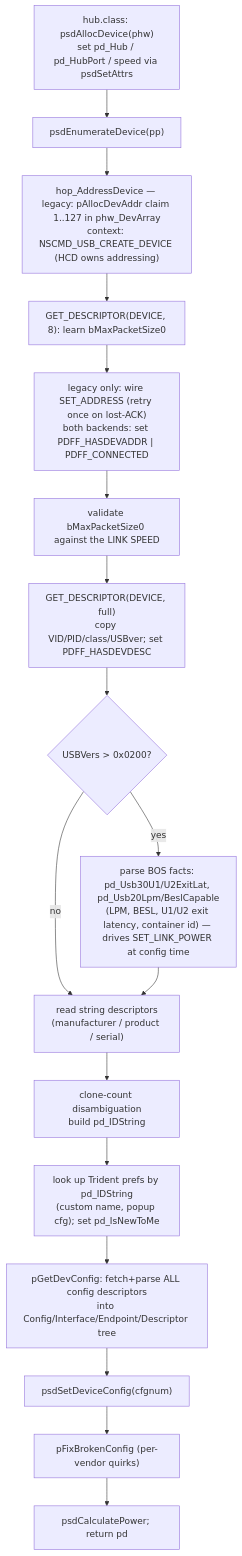
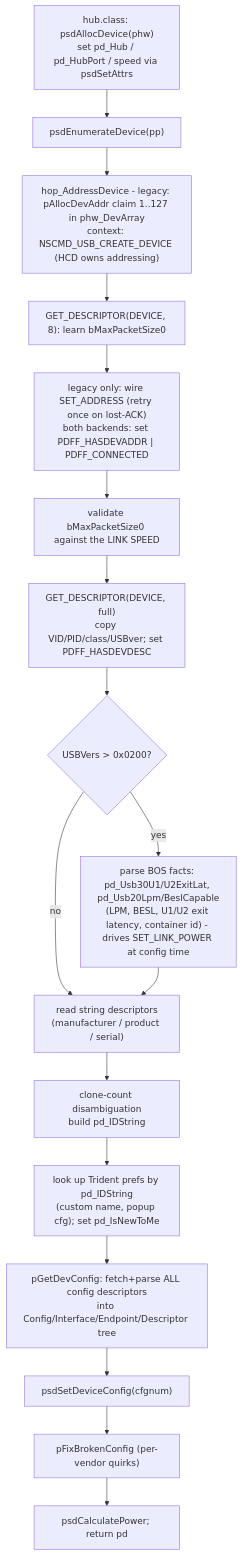
The sixth of 17 diagrams in docs/poseidon.library-architecture.md (rondoval/poseidon-backport), drawn with Mermaid before and after one commit. The commit also changed other lines of this file and 108 other files, not shown here.

````diff
--- a/docs/poseidon.library-architecture.md
+++ b/docs/poseidon.library-architecture.md
@@ -605,19 +605,19 @@
 ```mermaid
 flowchart TD
     A["hub.class: psdAllocDevice(phw)<br/>set pd_Hub / pd_HubPort / speed via psdSetAttrs"] --> B["psdEnumerateDevice(pp)"]
-    B --> C["hop_AddressDevice — legacy: pAllocDevAddr claim 1..127 in phw_DevArray<br/>context: NSCMD_USB_CREATE_DEVICE (HCD owns addressing)"]
+    B --> C["hop_AddressDevice - legacy: pAllocDevAddr claim 1..127 in phw_DevArray<br/>context: NSCMD_USB_CREATE_DEVICE (HCD owns addressing)"]
     C --> D["GET_DESCRIPTOR(DEVICE, 8): learn bMaxPacketSize0"]
     D --> E["legacy only: wire SET_ADDRESS (retry once on lost-ACK)<br/>both backends: set PDFF_HASDEVADDR | PDFF_CONNECTED"]
     E --> F["validate bMaxPacketSize0 against the LINK SPEED"]
     F --> G["GET_DESCRIPTOR(DEVICE, full)<br/>copy VID/PID/class/USBver; set PDFF_HASDEVDESC"]
     G --> H{"USBVers &gt; 0x0200?"}
-    H -->|yes| I["parse BOS facts: pd_Usb30U1/U2ExitLat, pd_Usb20Lpm/BeslCapable<br/>(LPM, BESL, U1/U2 exit latency, container id) — drives SET_LINK_POWER at config time"]
+    H -->|yes| I["parse BOS facts: pd_Usb30U1/U2ExitLat, pd_Usb20Lpm/BeslCapable<br/>(LPM, BESL, U1/U2 exit latency, container id) - drives SET_LINK_POWER at config time"]
     H -->|no| J
     I --> J["read string descriptors<br/>(manufacturer / product / serial)"]
     J --> K["clone-count disambiguation<br/>build pd_IDString"]
     K --> L["look up Trident prefs by pd_IDString<br/>(custom name, popup cfg); set pd_IsNewToMe"]
     L --> M["pGetDevConfig: fetch+parse ALL config descriptors<br/>into Config/Interface/Endpoint/Descriptor tree"]
     M --> N["psdSetDeviceConfig(cfgnum)"]
     N --> O["pFixBrokenConfig (per-vendor quirks)"]
     O --> P["psdCalculatePower; return pd"]
 ```
````
